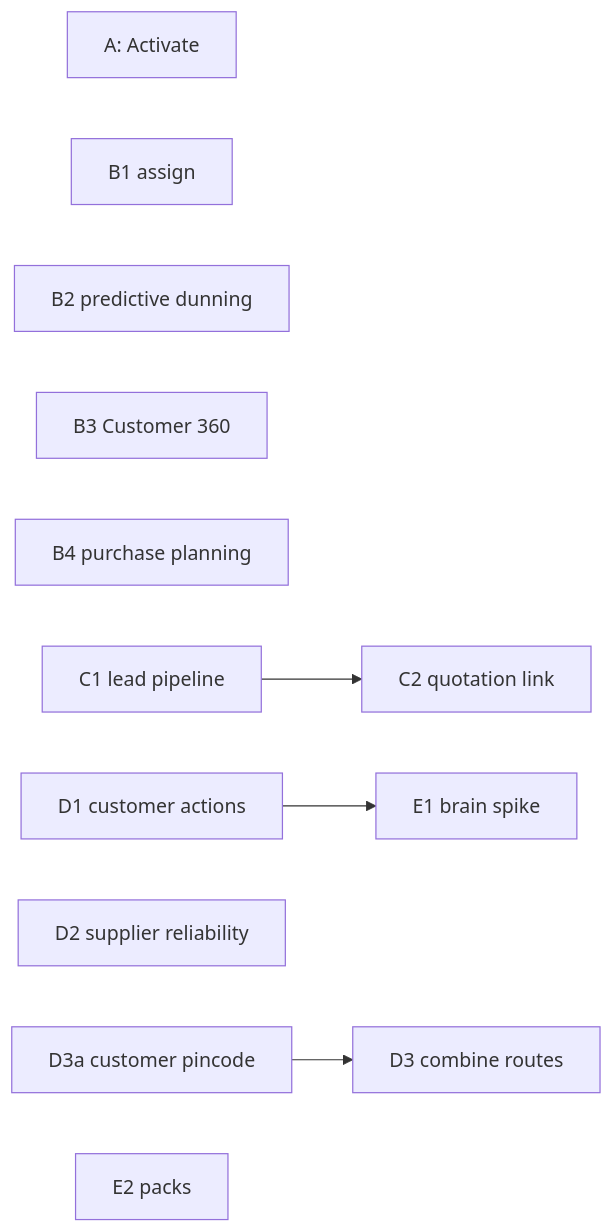
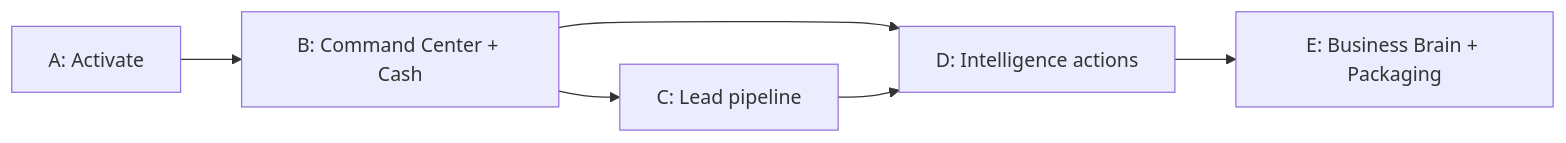
Before and after one commit to paurushk/Bizboard: the first of 3 diagrams in docs/roadmap/BIZBOARD_OS_VISION_IMPLEMENTATION_PLAN_2026-09-23.md, drawn with Mermaid. The commit also changed other lines of this file and 565 other files, not shown here.

````diff
--- a/docs/roadmap/BIZBOARD_OS_VISION_IMPLEMENTATION_PLAN_2026-09-23.md
+++ b/docs/roadmap/BIZBOARD_OS_VISION_IMPLEMENTATION_PLAN_2026-09-23.md
@@ -27,13 +15,8 @@
 ```mermaid
 flowchart LR
-  A[A: Activate]
-  B1[B1 assign] 
-  B2[B2 predictive dunning]
-  B3[B3 Customer 360]
-  B4[B4 purchase planning]
-  C1[C1 lead pipeline] --> C2[C2 quotation link]
-  D1[D1 customer actions] --> E1[E1 brain spike]
-  D2[D2 supplier reliability]
-  D3a[D3a customer pincode] --> D3[D3 combine routes]
-  E2[E2 packs]
+  A[A: Activate] --> B[B: Command Center + Cash]
+  B --> C[C: Lead pipeline]
+  B --> D[D: Intelligence actions]
+  C --> D
+  D --> E[E: Business Brain + Packaging]
 ```
````
